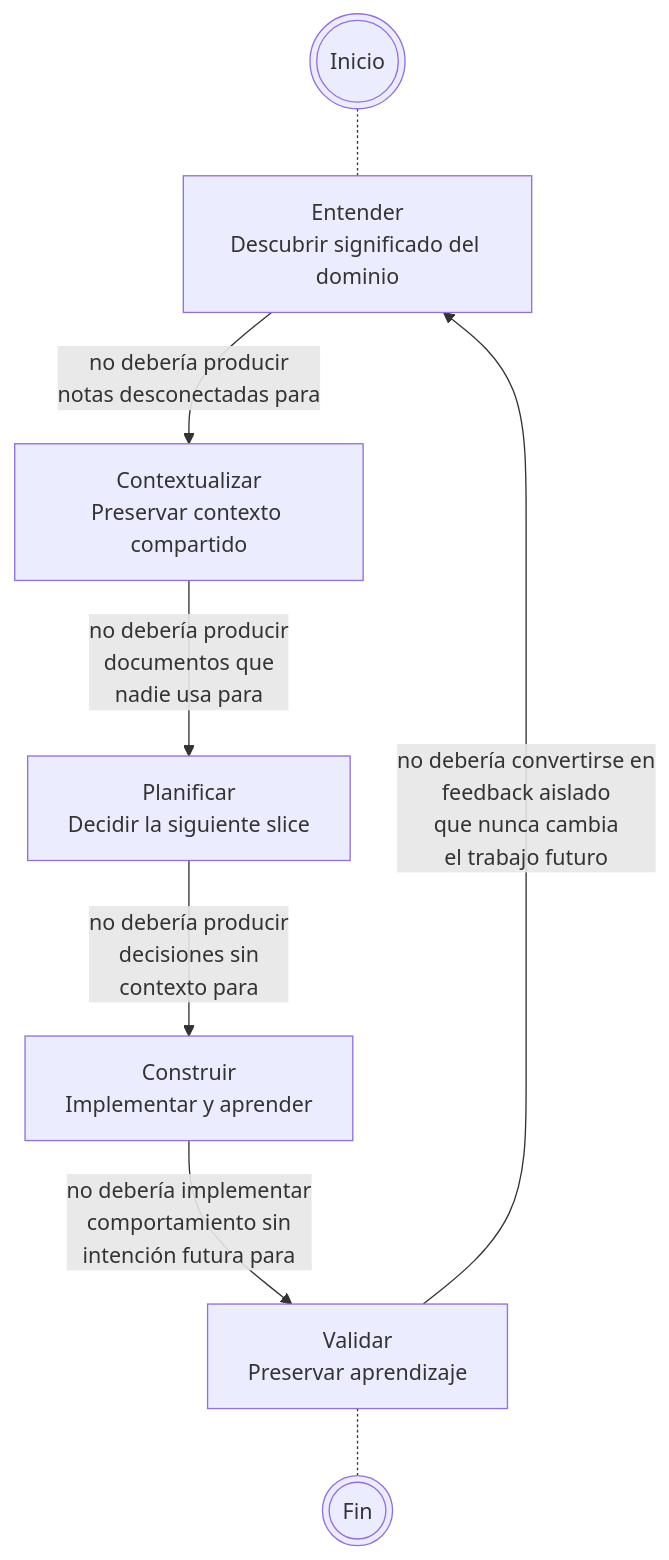
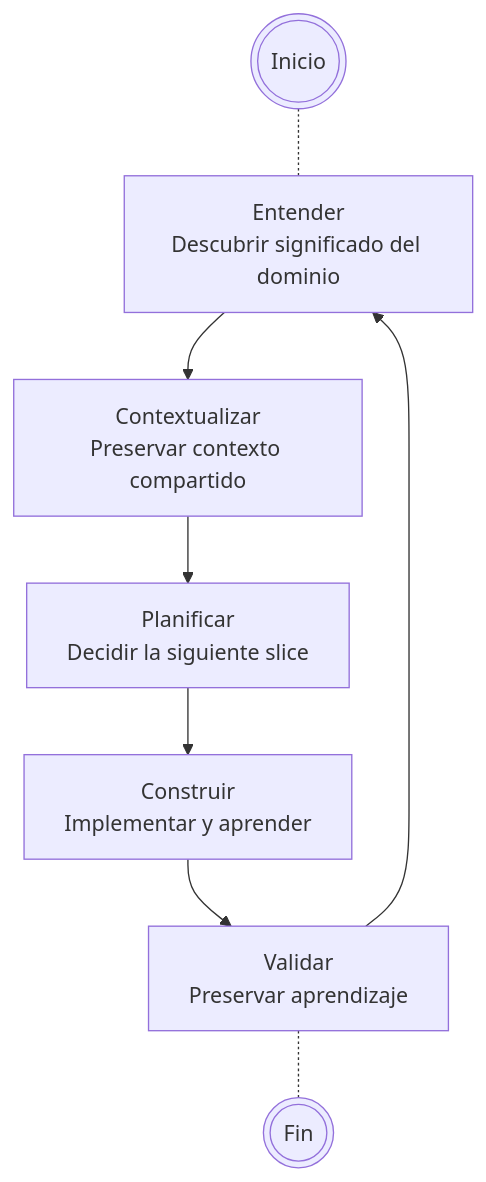
One commit to vslices/docs changed the diagram in docs/es/shared/design-iteration-flow.md. Above: the diagram before and after it, drawn with Mermaid. The commit also changed 36 other files, not shown here.

````diff
--- a/docs/es/shared/design-iteration-flow.md
+++ b/docs/es/shared/design-iteration-flow.md
@@ -1,25 +1,25 @@
 ```mermaid
 graph TD
 
   S(((Inicio)))
 
   understanding["Entender<br/>Descubrir significado del dominio"]
   contextualizing["Contextualizar<br/>Preservar contexto compartido"]
   planning["Planificar<br/>Decidir la siguiente slice"]
 
   building["Construir<br/>Implementar y aprender"]
   validation["Validar<br/>Preservar aprendizaje"]
 
   F(((Fin)))
 
   S -.- understanding
 
-  understanding -- no debería producir<br/>notas desconectadas para --> contextualizing
-  contextualizing -- no debería producir<br/>documentos que<br/>nadie usa para --> planning
-  planning -- no debería producir<br/>decisiones sin<br/>contexto para --> building
-  building -- no debería implementar<br/>comportamiento sin<br/>intención futura para --> validation
-  validation -- no debería convertirse en<br/>feedback aislado<br/>que nunca cambia<br/>el trabajo futuro --> understanding
+  understanding --> contextualizing
+  contextualizing --> planning
+  planning --> building
+  building --> validation
+  validation --> understanding
 
   validation -.- F
 
 ```
````
